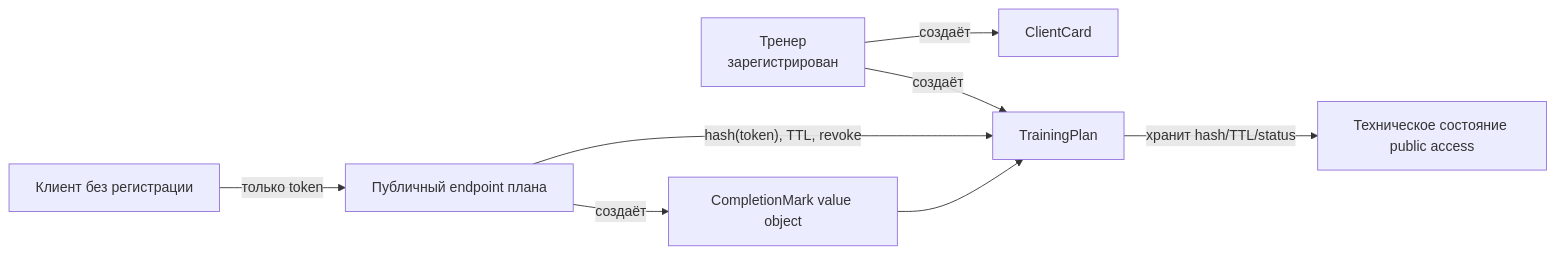
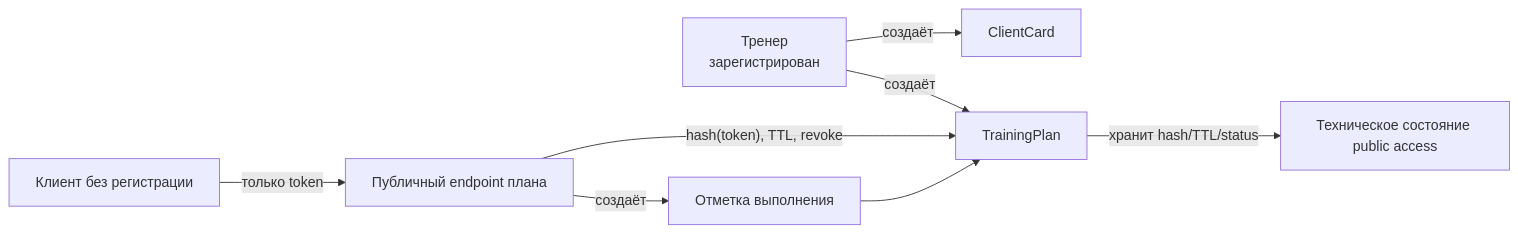
Before and after one commit to MartyanovAV/otuskotlin: the diagram in docs/03-architecture/proposals/OPT-A-public-plan-access.md, drawn with Mermaid. The commit also changed other lines of this file and 56 other files, not shown here.

````diff
--- a/docs/03-architecture/proposals/OPT-A-public-plan-access.md
+++ b/docs/03-architecture/proposals/OPT-A-public-plan-access.md
@@ -5,10 +5,10 @@
 ```mermaid
 flowchart LR
     Trainer[Тренер\nзарегистрирован] -->|создаёт| Card[ClientCard]
     Trainer -->|создаёт| Plan[TrainingPlan]
     Plan -->|хранит hash/TTL/status| PublicAccess[Техническое состояние public access]
     Client[Клиент без регистрации] -->|только token| PublicEndpoint[Публичный endpoint плана]
     PublicEndpoint -->|"hash(token), TTL, revoke"| Plan
-    PublicEndpoint -->|создаёт| Mark[CompletionMark value object]
+    PublicEndpoint -->|создаёт| Mark[Отметка выполнения]
     Mark --> Plan
 ```
````
